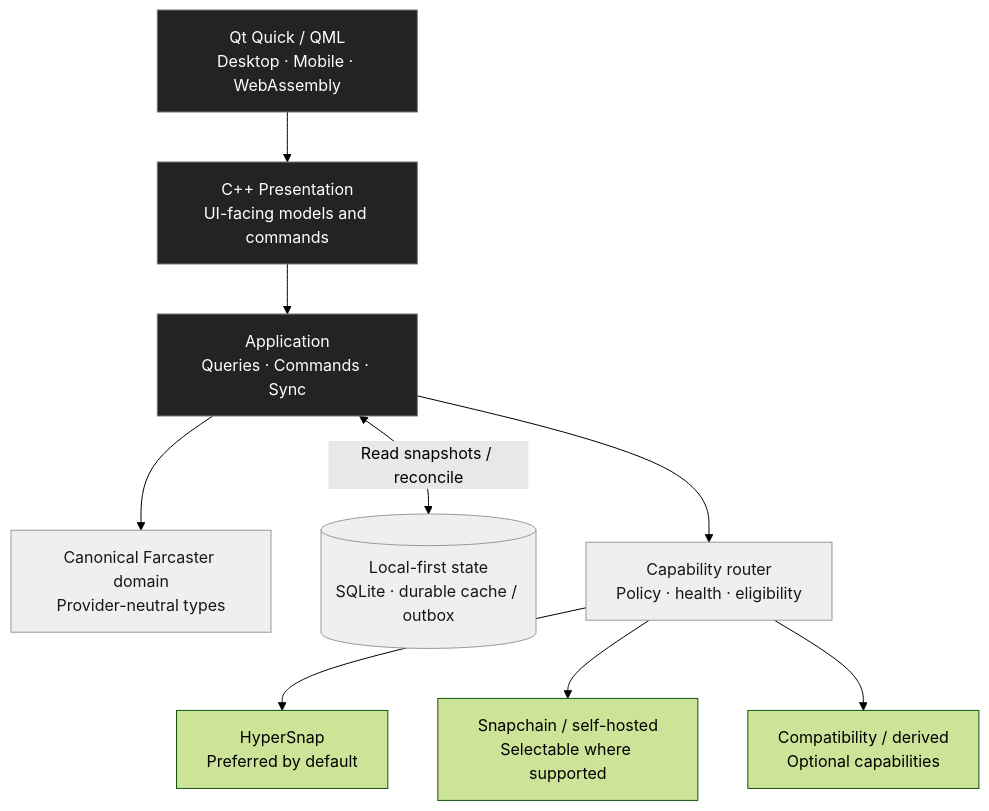
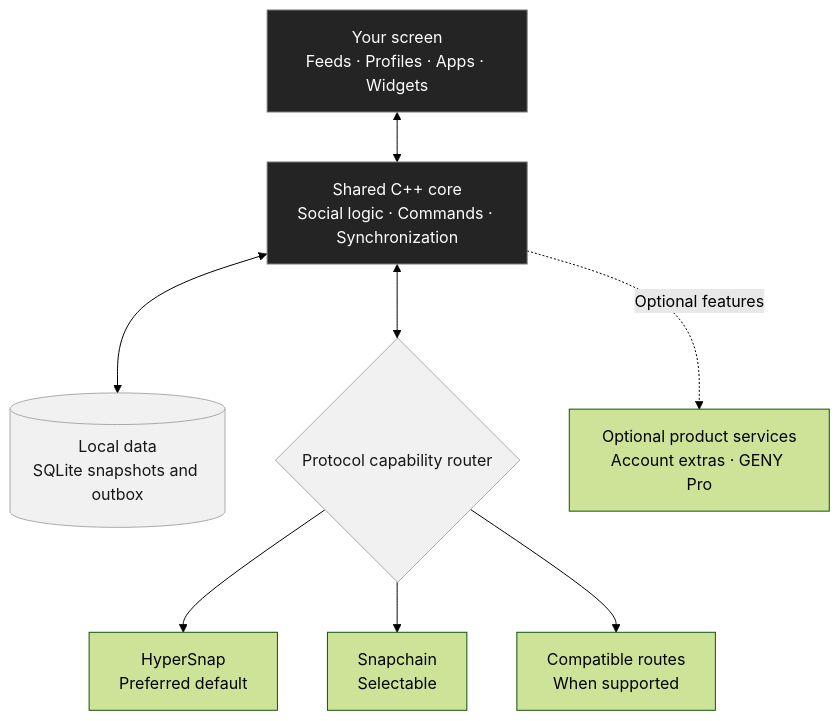
One commit to genyleap/genycaster changed the diagram in README.md. Above: the diagram before and after it, drawn with Mermaid (forest theme). The commit also changed other lines of this file and 90 other files, not shown here.

Commit message:
docs: clarify core architecture roadmap and public examples

````diff
--- a/README.md
+++ b/README.md
@@ -38,26 +37,24 @@
 ```mermaid
 flowchart TB
-    UI["Qt Quick / QML<br/>Desktop · Mobile · WebAssembly"]
-    PRESENT["C++ Presentation<br/>UI-facing models and commands"]
-    APP["Application<br/>Queries · Commands · Sync"]
-    DOMAIN["Canonical Farcaster domain<br/>Provider-neutral types"]
-    LOCAL[("Local-first state<br/>SQLite · durable cache / outbox")]
-    ROUTER["Capability router<br/>Policy · health · eligibility"]
-    HYPER["HyperSnap<br/>Preferred by default"]
-    SNAP["Snapchain / self-hosted<br/>Selectable where supported"]
-    COMPAT["Compatibility / derived<br/>Optional capabilities"]
+    PEOPLE["Your screen<br/>Feeds · Profiles · Apps · Widgets"]
+    CORE["Shared C++ core<br/>Social logic · Commands · Synchronization"]
+    CACHE[("Local data<br/>SQLite snapshots and outbox")]
+    ROUTER{"Protocol capability router"}
+    HYPER["HyperSnap<br/>Preferred default"]
+    SNAP["Snapchain<br/>Selectable"]
+    OTHER["Compatible routes<br/>When supported"]
+    EXTRA["Optional product services<br/>Account extras · GENY Pro"]
 
-    UI --> PRESENT
-    PRESENT --> APP
-    APP --> DOMAIN
-    APP <-->|"Read snapshots / reconcile"| LOCAL
-    APP --> ROUTER
+    PEOPLE <--> CORE
+    CORE <--> CACHE
+    CORE <--> ROUTER
     ROUTER --> HYPER
     ROUTER --> SNAP
-    ROUTER --> COMPAT
+    ROUTER --> OTHER
+    CORE -. "Optional features" .-> EXTRA
 
-    classDef primary fill:#232323,color:#fff,stroke:#777;
-    classDef boundary fill:#efefef,color:#171717,stroke:#999;
-    class UI,PRESENT,APP primary;
-    class DOMAIN,LOCAL,ROUTER boundary;
+    classDef main fill:#242424,color:#fff,stroke:#777;
+    classDef neutral fill:#f1f1f1,color:#171717,stroke:#aaa;
+    class PEOPLE,CORE main;
+    class CACHE,ROUTER neutral;
 ```
````
